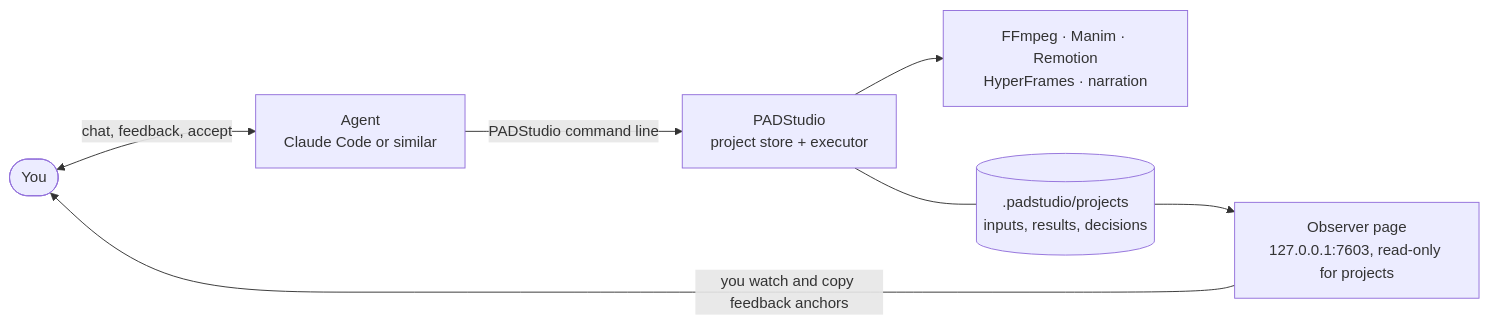
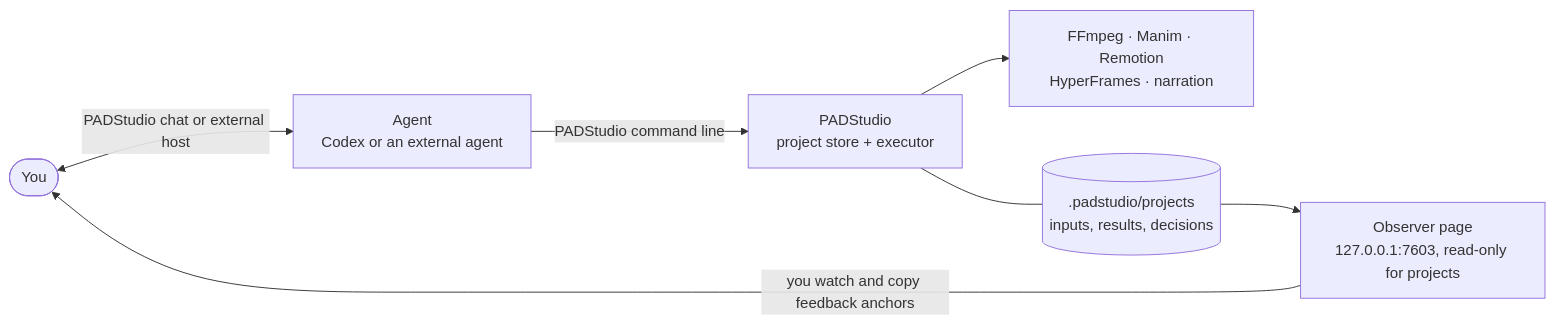
One commit to padduwcs/PADStudio changed the diagram in README.en.md. Above: the diagram before and after it, drawn with Mermaid. The commit also changed other lines of this file and 31 other files, not shown here.

First line of the commit message:
feat: embed project-scoped Codex chat in PADStudio

````diff
--- a/README.en.md
+++ b/README.en.md
@@ -88,9 +92,9 @@
 ```mermaid
 flowchart LR
-    U([You]) <-->|chat, feedback, accept| A[Agent<br/>Claude Code or similar]
+    U([You]) <-->|PADStudio chat or external host| A[Agent<br/>Codex or an external agent]
     A -->|PADStudio command line| P[PADStudio<br/>project store + executor]
     P --> T[FFmpeg · Manim · Remotion<br/>HyperFrames · narration]
     P --- S[(.padstudio/projects<br/>inputs, results, decisions)]
     S --> W[Observer page<br/>127.0.0.1:7603, read-only for projects]
     W -->|you watch and copy feedback anchors| U
 ```
````
